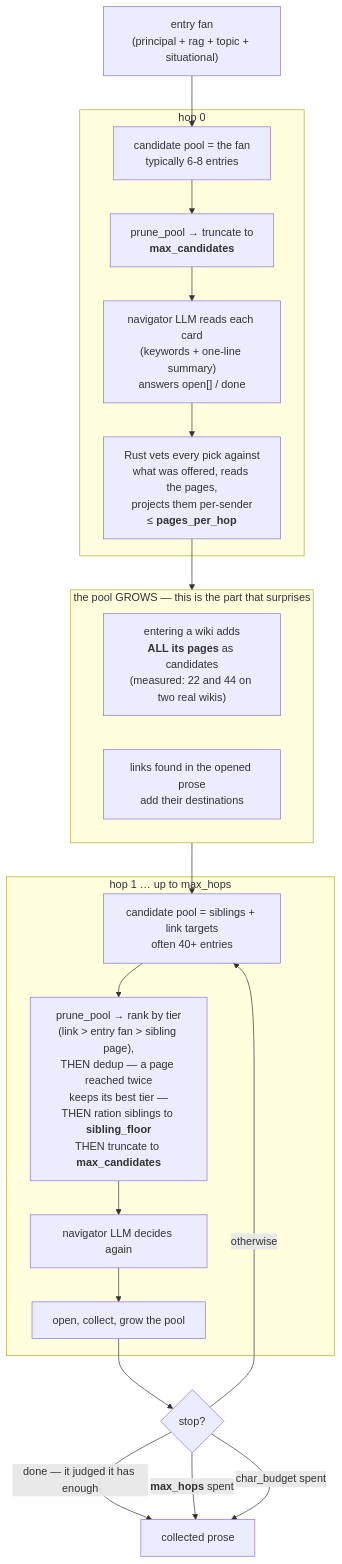
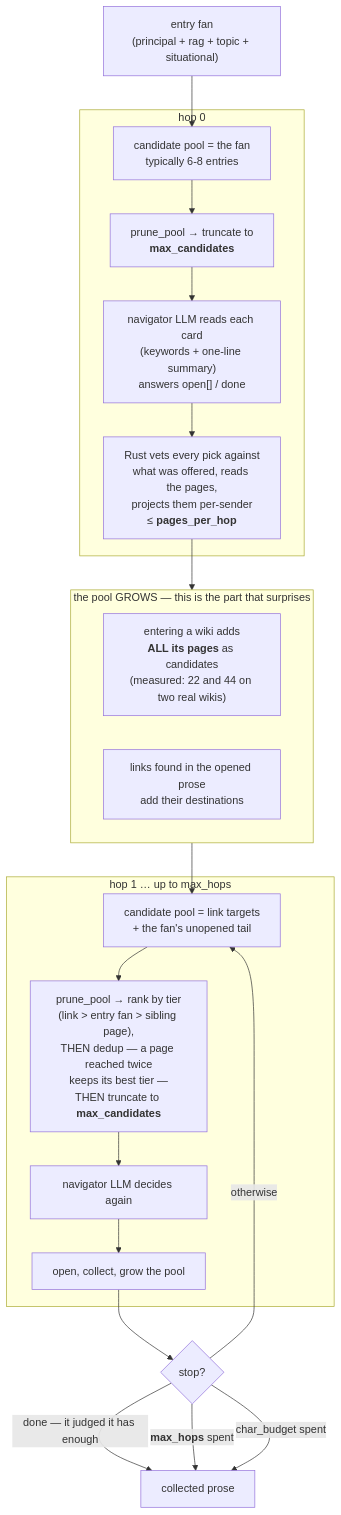
Before and after one commit to Fr4nZ82/mwe-mcp: the second of 2 diagrams in docs/design-notes/recall-pipeline.md, drawn with Mermaid. The commit also changed other lines of this file and 2 other files, not shown here.

````diff
--- a/docs/design-notes/recall-pipeline.md
+++ b/docs/design-notes/recall-pipeline.md
@@ -78,33 +78,33 @@
 ```mermaid
 flowchart TB
     FAN["entry fan<br/>(principal + rag + topic + situational)"] --> POOL0
 
     subgraph H0["hop 0"]
         POOL0["candidate pool = the fan<br/>typically 6-8 entries"]
         POOL0 --> PRUNE0["prune_pool → truncate to<br/><b>max_candidates</b>"]
         PRUNE0 --> LLM0["navigator LLM reads each card<br/>(keywords + one-line summary)<br/>answers open[] / done"]
         LLM0 --> OPEN0["Rust vets every pick against<br/>what was offered, reads the pages,<br/>projects them per-sender<br/>≤ <b>pages_per_hop</b>"]
     end
 
     OPEN0 --> GROW
 
     subgraph GROW["the pool GROWS — this is the part that surprises"]
         G1["entering a wiki adds<br/><b>ALL its pages</b> as candidates<br/>(measured: 22 and 44 on two real wikis)"]
         G2["links found in the opened prose<br/>add their destinations"]
     end
 
     GROW --> POOL1
 
     subgraph H1["hop 1 … up to max_hops"]
-        POOL1["candidate pool = siblings + link targets<br/>often 40+ entries"]
-        POOL1 --> PRUNE1["prune_pool → rank by tier<br/>(link &gt; entry fan &gt; sibling page),<br/>THEN dedup — a page reached twice<br/>keeps its best tier —<br/>THEN ration siblings to <b>sibling_floor</b><br/>THEN truncate to <b>max_candidates</b>"]
+        POOL1["candidate pool = link targets<br/>+ the fan's unopened tail"]
+        POOL1 --> PRUNE1["prune_pool → rank by tier<br/>(link &gt; entry fan &gt; sibling page),<br/>THEN dedup — a page reached twice<br/>keeps its best tier —<br/>THEN truncate to <b>max_candidates</b>"]
         PRUNE1 --> LLM1["navigator LLM decides again"]
         LLM1 --> OPEN1["open, collect, grow the pool"]
     end
 
     OPEN1 --> STOP{"stop?"}
     STOP -->|"done — it judged it has enough"| OUT["collected prose"]
     STOP -->|"<b>max_hops</b> spent"| OUT
     STOP -->|"char_budget spent"| OUT
     STOP -->|"otherwise"| POOL1
 ```
````
